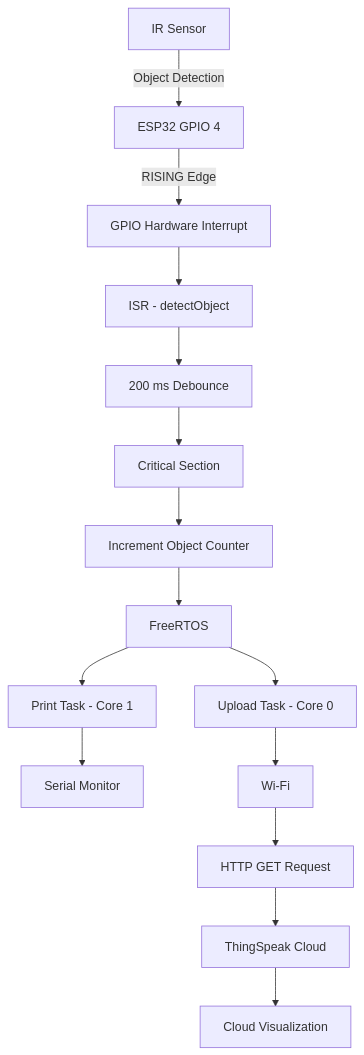
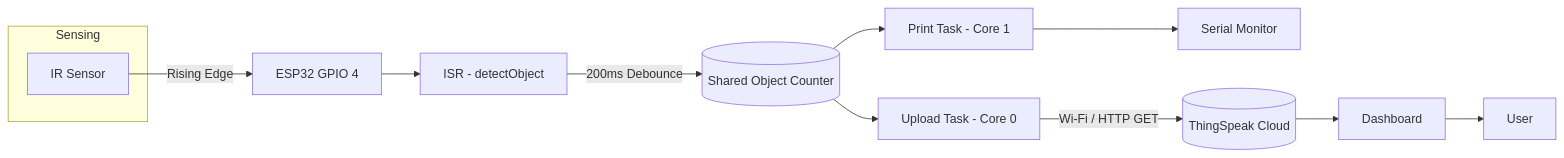
One commit to AkshitMathur/FreeRTOS_Interrupt_To_Task_Communication_Using_ESP32_Microcontroller changed the diagram in README.md. Above: the diagram before and after it, drawn with Mermaid. The commit also changed other lines of this file, not shown here.

````diff
--- a/README.md
+++ b/README.md
@@ -73,31 +35,16 @@
 ```mermaid
-flowchart TD
+flowchart LR
+    subgraph Sensing
+        A[IR Sensor]
+    end
 
-    A["IR Sensor"] -->|"Object Detection"| B["ESP32 GPIO 4"]
-
-    B -->|"RISING Edge"| C["GPIO Hardware Interrupt"]
-
-    C --> D["ISR - detectObject"]
-
-    D --> E["200 ms Debounce"]
-
-    E --> F["Critical Section"]
-
-    F --> G["Increment Object Counter"]
-
-    G --> H["FreeRTOS"]
-
-    H --> I["Print Task - Core 1"]
-
-    H --> J["Upload Task - Core 0"]
-
-    I --> K["Serial Monitor"]
-
-    J --> L["Wi-Fi"]
-
-    L --> M["HTTP GET Request"]
-
-    M --> N["ThingSpeak Cloud"]
-
-    N --> O["Cloud Visualization"]
+    A -->|Rising Edge| B[ESP32 GPIO 4]
+    B --> C[ISR - detectObject]
+    C -->|200ms Debounce| D[(Shared Object Counter)]
+    D --> E[Print Task - Core 1]
+    D --> F[Upload Task - Core 0]
+    E --> G[Serial Monitor]
+    F -- Wi-Fi / HTTP GET --> H[(ThingSpeak Cloud)]
+    H --> I[Dashboard]
+    I --> J[User]
 ```
````
